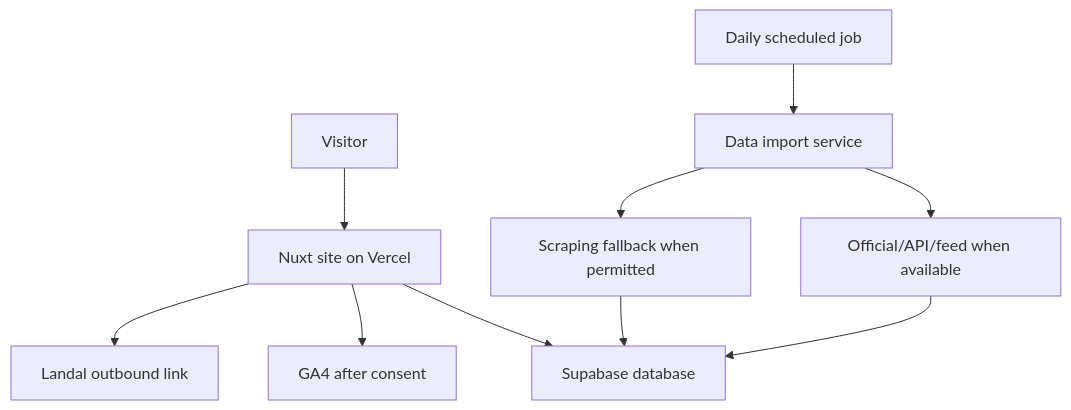
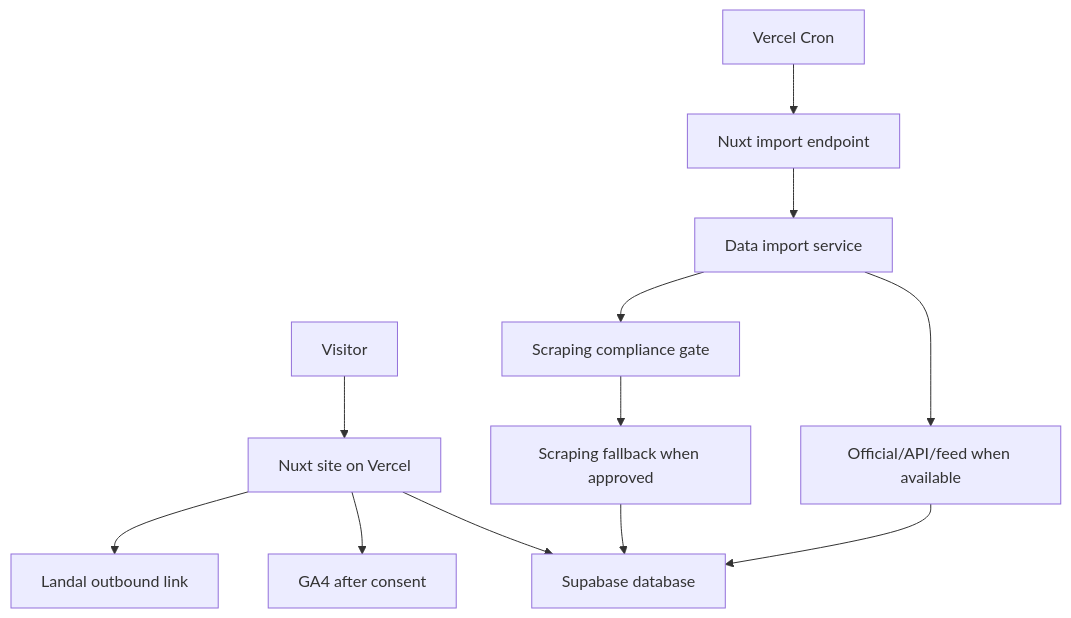
One commit to frontero/weekendjeweg changed the diagram in memory-bank/intents/001-weekendjeweg-mvp/design.md. Above: the diagram before and after it, drawn with Mermaid. The commit also changed other lines of this file, not shown here.

````diff
--- a/memory-bank/intents/001-weekendjeweg-mvp/design.md
+++ b/memory-bank/intents/001-weekendjeweg-mvp/design.md
@@ -15,12 +34,14 @@
 ```mermaid
 flowchart TD
   Visitor["Visitor"] --> Nuxt["Nuxt site on Vercel"]
   Nuxt --> Supabase["Supabase database"]
   Nuxt --> GA4["GA4 after consent"]
   Nuxt --> Landal["Landal outbound link"]
-  Cron["Daily scheduled job"] --> Importer["Data import service"]
+  VercelCron["Vercel Cron"] --> ImportEndpoint["Nuxt import endpoint"]
+  ImportEndpoint --> Importer["Data import service"]
   Importer --> ApiFeed["Official/API/feed when available"]
-  Importer --> Scraper["Scraping fallback when permitted"]
+  Importer --> ComplianceGate["Scraping compliance gate"]
+  ComplianceGate --> Scraper["Scraping fallback when approved"]
   ApiFeed --> Supabase
   Scraper --> Supabase
 ```
````
